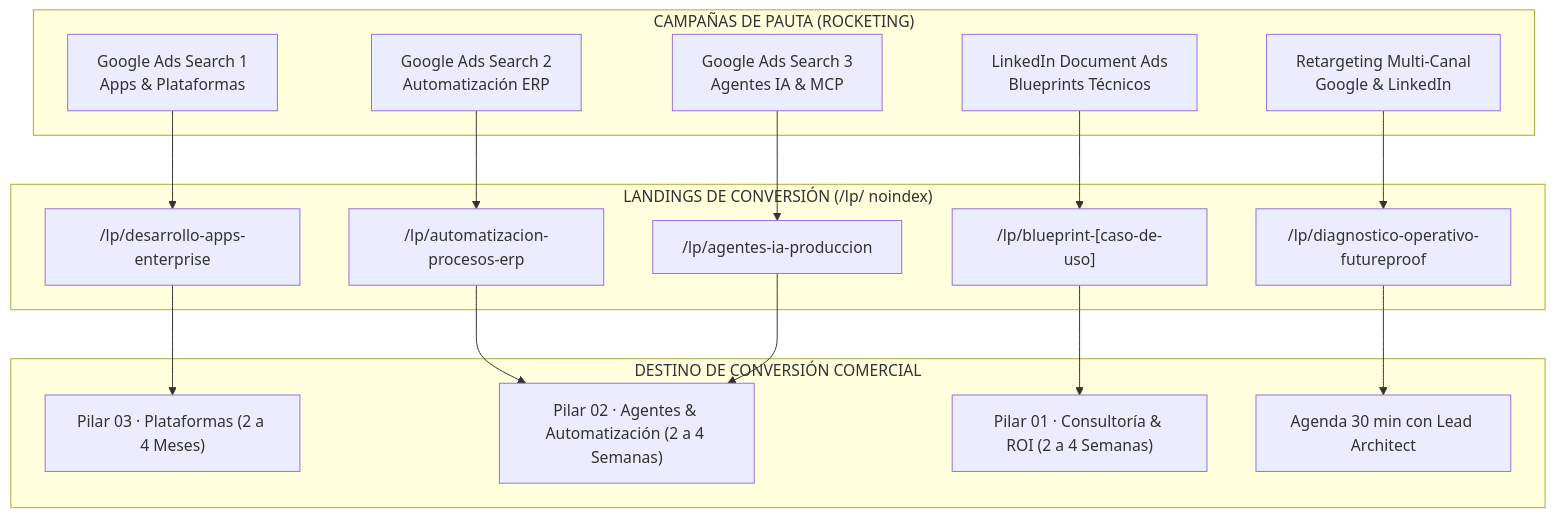
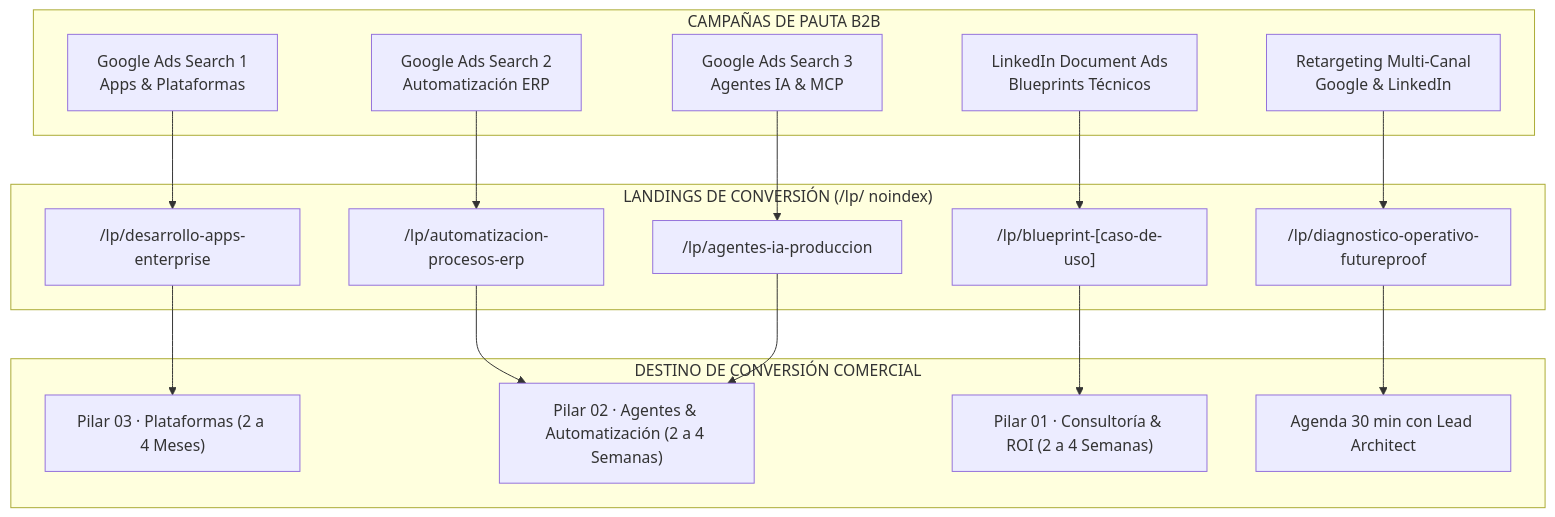
The first of 3 diagrams in 02_Estrategia_B2B/SITEMAP_MAESTRO_Y_ARQUITECTURA_WEB_BLUEPIXEL_2026.md (jahflavio/bluepixel), drawn with Mermaid before and after one commit. The commit also changed other lines of this file, not shown here.

````diff
--- a/02_Estrategia_B2B/SITEMAP_MAESTRO_Y_ARQUITECTURA_WEB_BLUEPIXEL_2026.md
+++ b/02_Estrategia_B2B/SITEMAP_MAESTRO_Y_ARQUITECTURA_WEB_BLUEPIXEL_2026.md
@@ -109,31 +109,31 @@
 ```mermaid
 graph TD
-    subgraph "CAMPAÑAS DE PAUTA (ROCKETING)"
+    subgraph "CAMPAÑAS DE PAUTA B2B"
         C1["Google Ads Search 1<br/>Apps & Plataformas"]
         C2["Google Ads Search 2<br/>Automatización ERP"]
         C3["Google Ads Search 3<br/>Agentes IA & MCP"]
         C4["LinkedIn Document Ads<br/>Blueprints Técnicos"]
         C5["Retargeting Multi-Canal<br/>Google & LinkedIn"]
     end
 
     subgraph "LANDINGS DE CONVERSIÓN (/lp/ noindex)"
         LP1["/lp/desarrollo-apps-enterprise"]
         LP2["/lp/automatizacion-procesos-erp"]
         LP3["/lp/agentes-ia-produccion"]
         LP4["/lp/blueprint-[caso-de-uso]"]
         LP5["/lp/diagnostico-operativo-futureproof"]
     end
 
     subgraph "DESTINO DE CONVERSIÓN COMERCIAL"
         P3["Pilar 03 · Plataformas (2 a 4 Meses)"]
         P2["Pilar 02 · Agentes & Automatización (2 a 4 Semanas)"]
         P1["Pilar 01 · Consultoría & ROI (2 a 4 Semanas)"]
         Agenda["Agenda 30 min con Lead Architect"]
     end
 
     C1 --> LP1 --> P3
     C2 --> LP2 --> P2
     C3 --> LP3 --> P2
     C4 --> LP4 --> P1
     C5 --> LP5 --> Agenda
 ```
````
